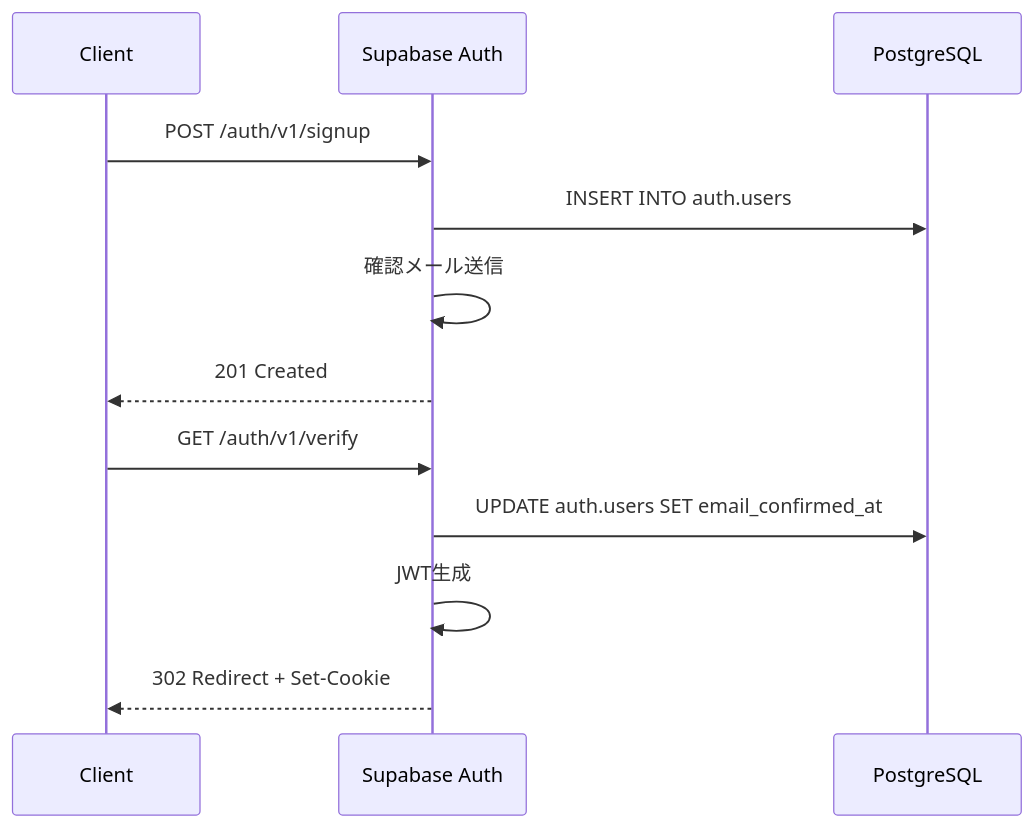
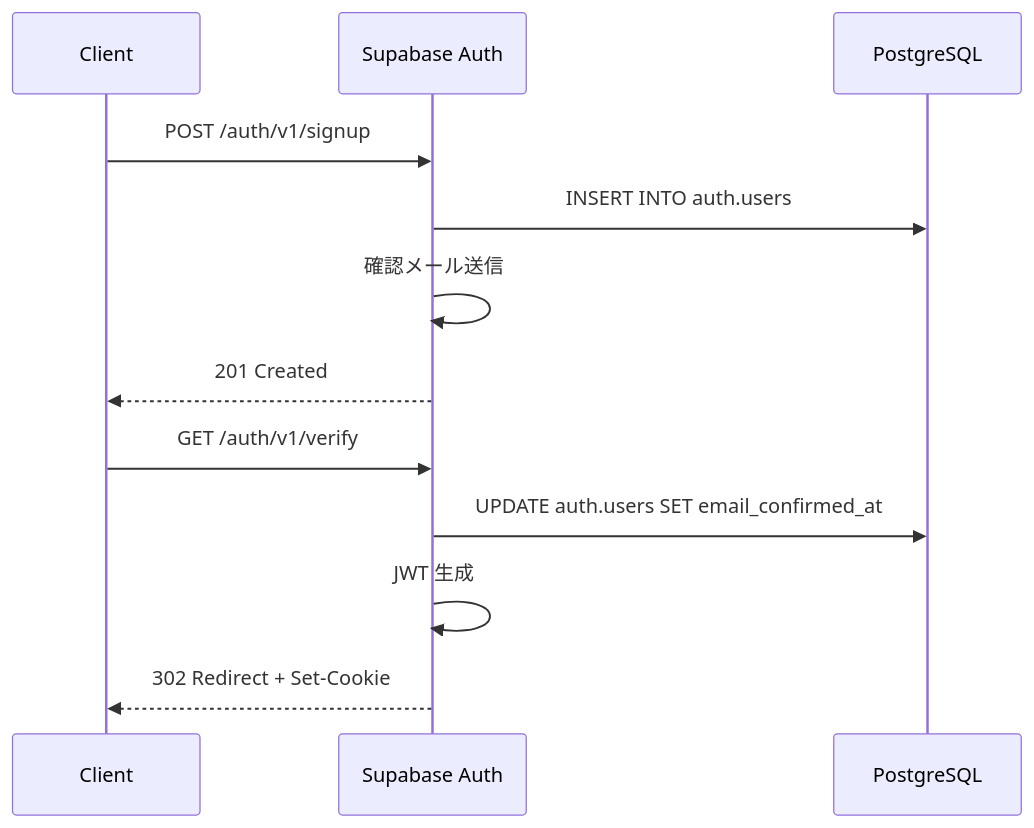
The second of 2 diagrams in docs/chapters/chapter02/index.md (itdojp/supabase-architecture-patterns-book), drawn with Mermaid before and after one commit. The commit also changed other lines of this file and 31 other files, not shown here.

````diff
--- a/docs/chapters/chapter02/index.md
+++ b/docs/chapters/chapter02/index.md
@@ -288,16 +288,16 @@
 ```mermaid
 sequenceDiagram
     participant C as Client
     participant SA as Supabase Auth
     participant DB as PostgreSQL
-    
+
     C->>SA: POST /auth/v1/signup
     SA->>DB: INSERT INTO auth.users
     SA->>SA: 確認メール送信
     SA-->>C: 201 Created
-    
+
     C->>SA: GET /auth/v1/verify
     SA->>DB: UPDATE auth.users SET email_confirmed_at
-    SA->>SA: JWT生成
+    SA->>SA: JWT 生成
     SA-->>C: 302 Redirect + Set-Cookie
 ```
````
